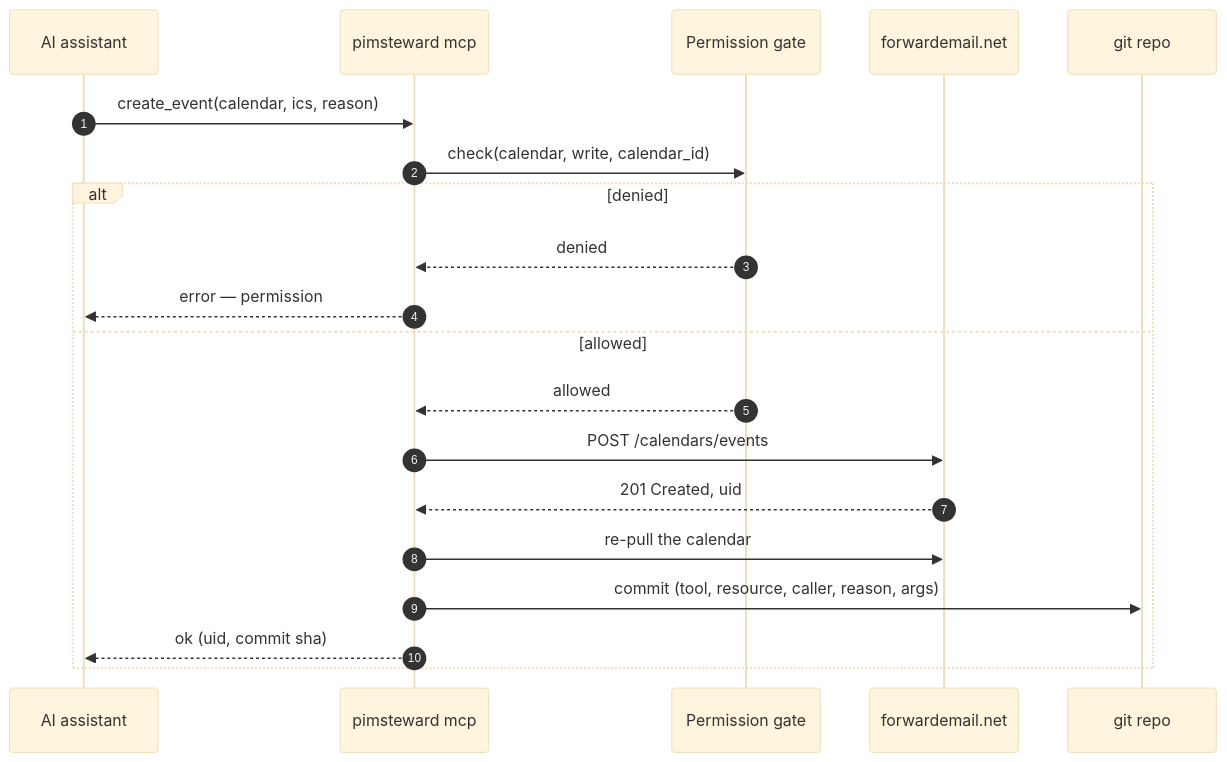
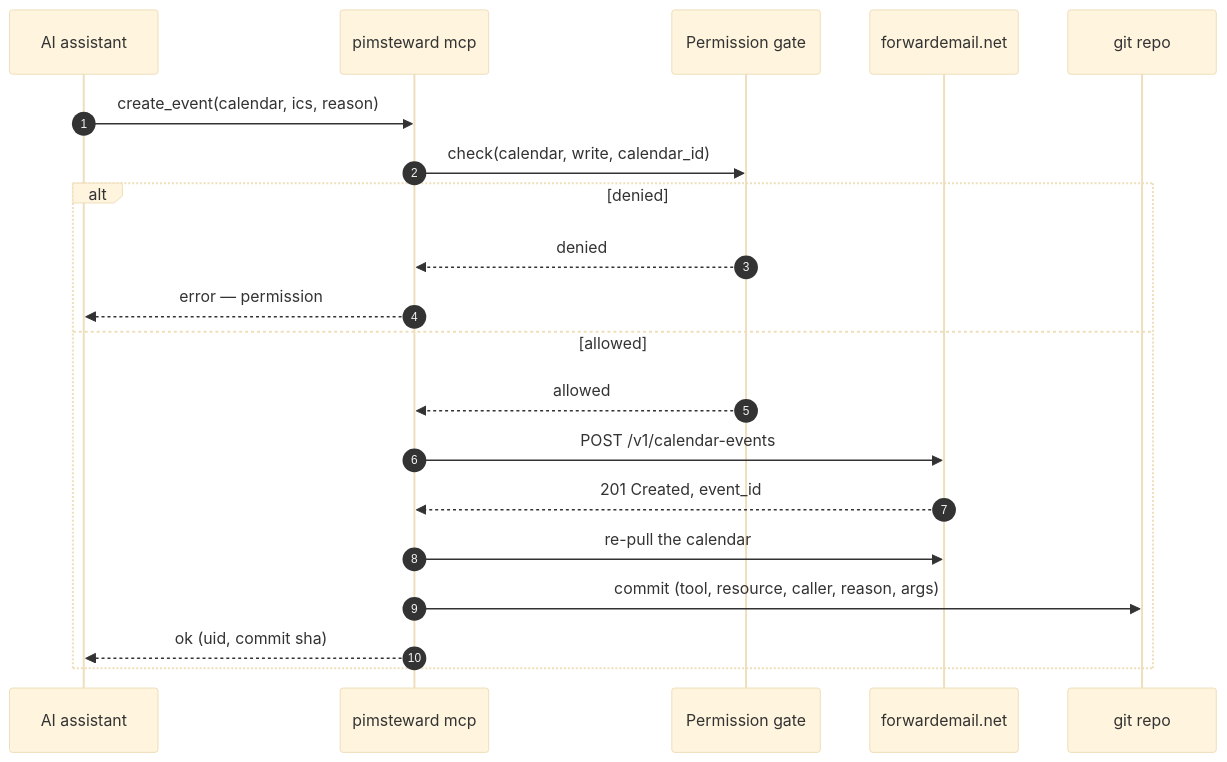
One commit to dcardamo/pimsteward changed the second of 3 diagrams in README.md. Above: the diagram before and after it, drawn with Mermaid (base theme). The commit also changed other lines of this file and 1 other file, not shown here.

````diff
--- a/README.md
+++ b/README.md
@@ -253,23 +257,23 @@
 ```mermaid
 sequenceDiagram
     autonumber
     participant AI as AI assistant
     participant MCP as pimsteward mcp
     participant P as Permission gate
     participant FE as forwardemail.net
     participant G as git repo
 
     AI->>MCP: create_event(calendar, ics, reason)
     MCP->>P: check(calendar, write, calendar_id)
     alt denied
         P-->>MCP: denied
         MCP-->>AI: error — permission
     else allowed
         P-->>MCP: allowed
-        MCP->>FE: POST /calendars/events
-        FE-->>MCP: 201 Created, uid
+        MCP->>FE: POST /v1/calendar-events
+        FE-->>MCP: 201 Created, event_id
         MCP->>FE: re-pull the calendar
         MCP->>G: commit (tool, resource, caller, reason, args)
         MCP-->>AI: ok (uid, commit sha)
     end
 ```
````
